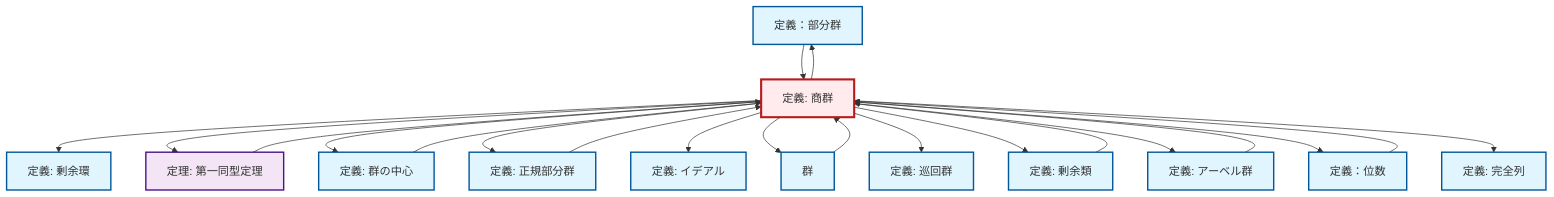
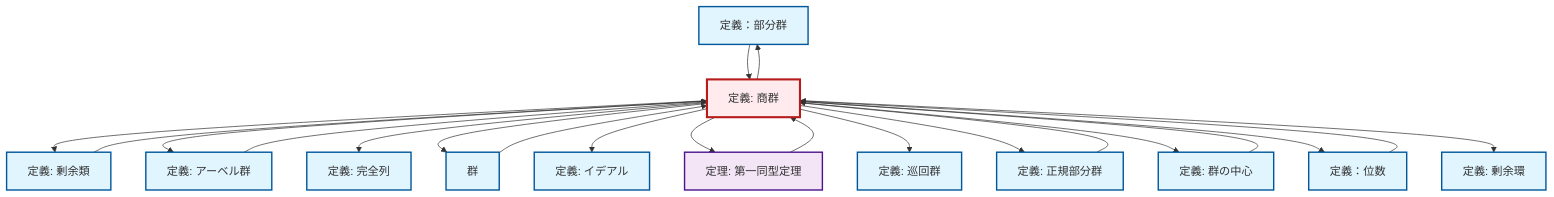
Before and after one commit to RK0429/ModernMath: the diagram in content/ja/algebra/def-quotient-group.qmd, drawn with Mermaid. The commit also changed 672 other files, not shown here.

````diff
--- a/content/ja/algebra/def-quotient-group.qmd
+++ b/content/ja/algebra/def-quotient-group.qmd
@@ -148,55 +148,55 @@
 ```{mermaid}
-%%| fig-cap: "Local dependency graph"
+%%| fig-cap: "ローカル依存関係グラフ"
 graph TD
     classDef definition fill:#e1f5fe,stroke:#01579b,stroke-width:2px
     classDef theorem fill:#f3e5f5,stroke:#4a148c,stroke-width:2px
     classDef axiom fill:#fff3e0,stroke:#e65100,stroke-width:2px
     classDef example fill:#e8f5e9,stroke:#1b5e20,stroke-width:2px
     classDef current fill:#ffebee,stroke:#b71c1c,stroke-width:3px
-    def-exact-sequence["定義: 完全列"]:::definition
     def-subgroup["定義：部分群"]:::definition
-    def-ideal["定義: イデアル"]:::definition
+    def-normal-subgroup["定義: 正規部分群"]:::definition
     def-cyclic-group["定義: 巡回群"]:::definition
     def-order["定義：位数"]:::definition
-    def-abelian-group["定義: アーベル群"]:::definition
-    def-normal-subgroup["定義: 正規部分群"]:::definition
-    def-center-of-group["定義: 群の中心"]:::definition
-    def-coset["定義: 剰余類"]:::definition
-    def-quotient-ring["定義: 剰余環"]:::definition
+    def-exact-sequence["定義: 完全列"]:::definition
     def-quotient-group["定義: 商群"]:::definition
     thm-first-isomorphism["定理: 第一同型定理"]:::theorem
+    def-quotient-ring["定義: 剰余環"]:::definition
+    def-ideal["定義: イデアル"]:::definition
     def-group["群"]:::definition
+    def-coset["定義: 剰余類"]:::definition
+    def-center-of-group["定義: 群の中心"]:::definition
+    def-abelian-group["定義: アーベル群"]:::definition
     def-order --> def-quotient-group
-    def-quotient-group --> def-quotient-ring
-    def-quotient-group --> def-subgroup
-    def-quotient-group --> thm-first-isomorphism
-    def-quotient-group --> def-center-of-group
-    def-quotient-group --> def-normal-subgroup
-    def-quotient-group --> def-ideal
+    def-quotient-group --> def-coset
+    def-quotient-group --> def-abelian-group
+    def-quotient-group --> def-exact-sequence
+    def-center-of-group --> def-quotient-group
     def-quotient-group --> def-group
     def-coset --> def-quotient-group
+    def-subgroup --> def-quotient-group
+    def-quotient-group --> def-ideal
+    thm-first-isomorphism --> def-quotient-group
+    def-quotient-group --> thm-first-isomorphism
     def-quotient-group --> def-cyclic-group
-    def-center-of-group --> def-quotient-group
+    def-quotient-group --> def-normal-subgroup
+    def-quotient-group --> def-center-of-group
+    def-quotient-group --> def-order
+    def-quotient-group --> def-subgroup
+    def-normal-subgroup --> def-quotient-group
+    def-quotient-group --> def-quotient-ring
     def-abelian-group --> def-quotient-group
-    def-subgroup --> def-quotient-group
-    def-quotient-group --> def-coset
-    def-quotient-group --> def-abelian-group
     def-group --> def-quotient-group
-    thm-first-isomorphism --> def-quotient-group
-    def-quotient-group --> def-order
-    def-normal-subgroup --> def-quotient-group
-    def-quotient-group --> def-exact-sequence
     class def-quotient-group current
-    click def-exact-sequence "def-exact-sequence.html" "完全列の定義へ"
     click def-subgroup "def-subgroup.html" "定義：部分群へ"
-    click def-ideal "def-ideal.html" "イデアルの定義へ"
+    click def-normal-subgroup "def-normal-subgroup.html" "正規部分群の定義へ"
     click def-cyclic-group "def-cyclic-group.html" "巡回群の定義へ"
     click def-order "def-order.html" "定義：位数へ"
+    click def-exact-sequence "def-exact-sequence.html" "完全列の定義へ"
+    click thm-first-isomorphism "thm-first-isomorphism.html" "第一同型定理の定理へ"
+    click def-quotient-ring "def-quotient-ring.html" "剰余環の定義へ"
+    click def-ideal "def-ideal.html" "イデアルの定義へ"
+    click def-group "def-group.html" "群へ"
+    click def-coset "def-coset.html" "剰余類の定義へ"
+    click def-center-of-group "def-center-of-group.html" "群の中心の定義へ"
     click def-abelian-group "def-abelian-group.html" "アーベル群の定義へ"
-    click def-normal-subgroup "def-normal-subgroup.html" "正規部分群の定義へ"
-    click def-center-of-group "def-center-of-group.html" "群の中心の定義へ"
-    click def-coset "def-coset.html" "剰余類の定義へ"
-    click def-quotient-ring "def-quotient-ring.html" "剰余環の定義へ"
-    click thm-first-isomorphism "thm-first-isomorphism.html" "第一同型定理の定理へ"
-    click def-group "def-group.html" "群へ"
 ```
````
